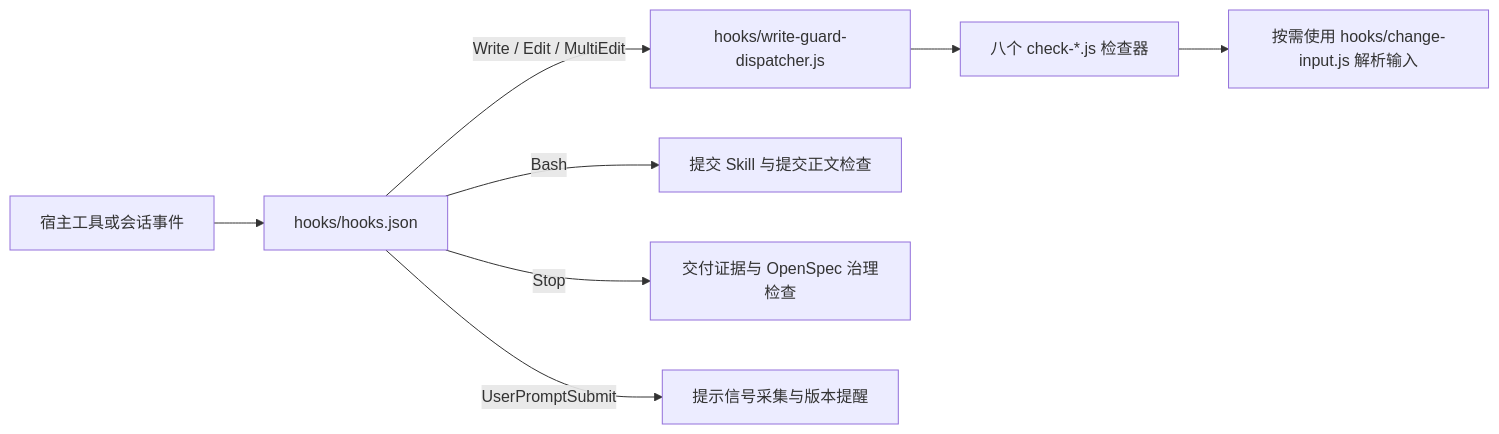
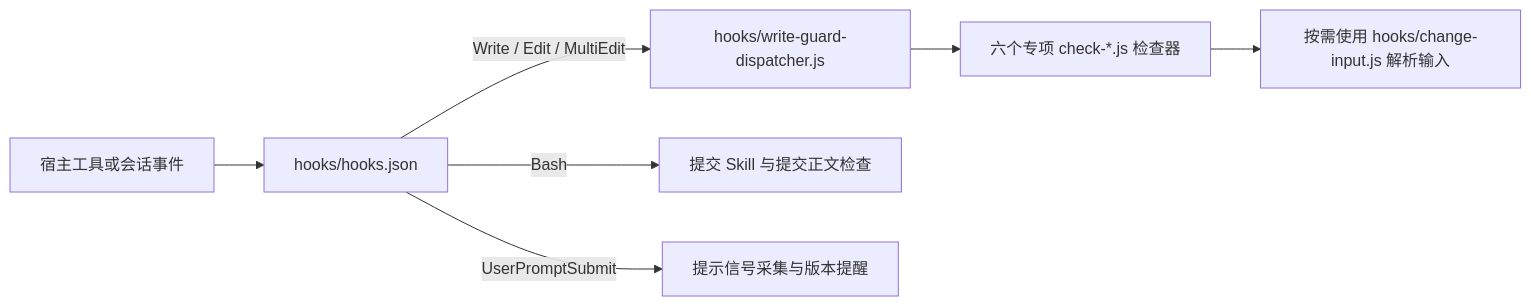
One commit to exception-coder/team-standards changed the second of 3 diagrams in docs/skill-flow.md. Above: the diagram before and after it, drawn with Mermaid. The commit also changed other lines of this file and 22 other files, not shown here.

````diff
--- a/docs/skill-flow.md
+++ b/docs/skill-flow.md
@@ -156,10 +158,9 @@
 ```mermaid
 flowchart LR
     HOST["宿主工具或会话事件"] --> CONFIG["hooks/hooks.json"]
     CONFIG -->|"Write / Edit / MultiEdit"| DISPATCH["hooks/write-guard-dispatcher.js"]
-    DISPATCH --> GUARDS["八个 check-*.js 检查器"]
+    DISPATCH --> GUARDS["六个专项 check-*.js 检查器"]
     GUARDS --> INPUT["按需使用 hooks/change-input.js 解析输入"]
     CONFIG -->|"Bash"| COMMIT["提交 Skill 与提交正文检查"]
-    CONFIG -->|"Stop"| STOP["交付证据与 OpenSpec 治理检查"]
     CONFIG -->|"UserPromptSubmit"| SIGNAL["提示信号采集与版本提醒"]
 ```
````
